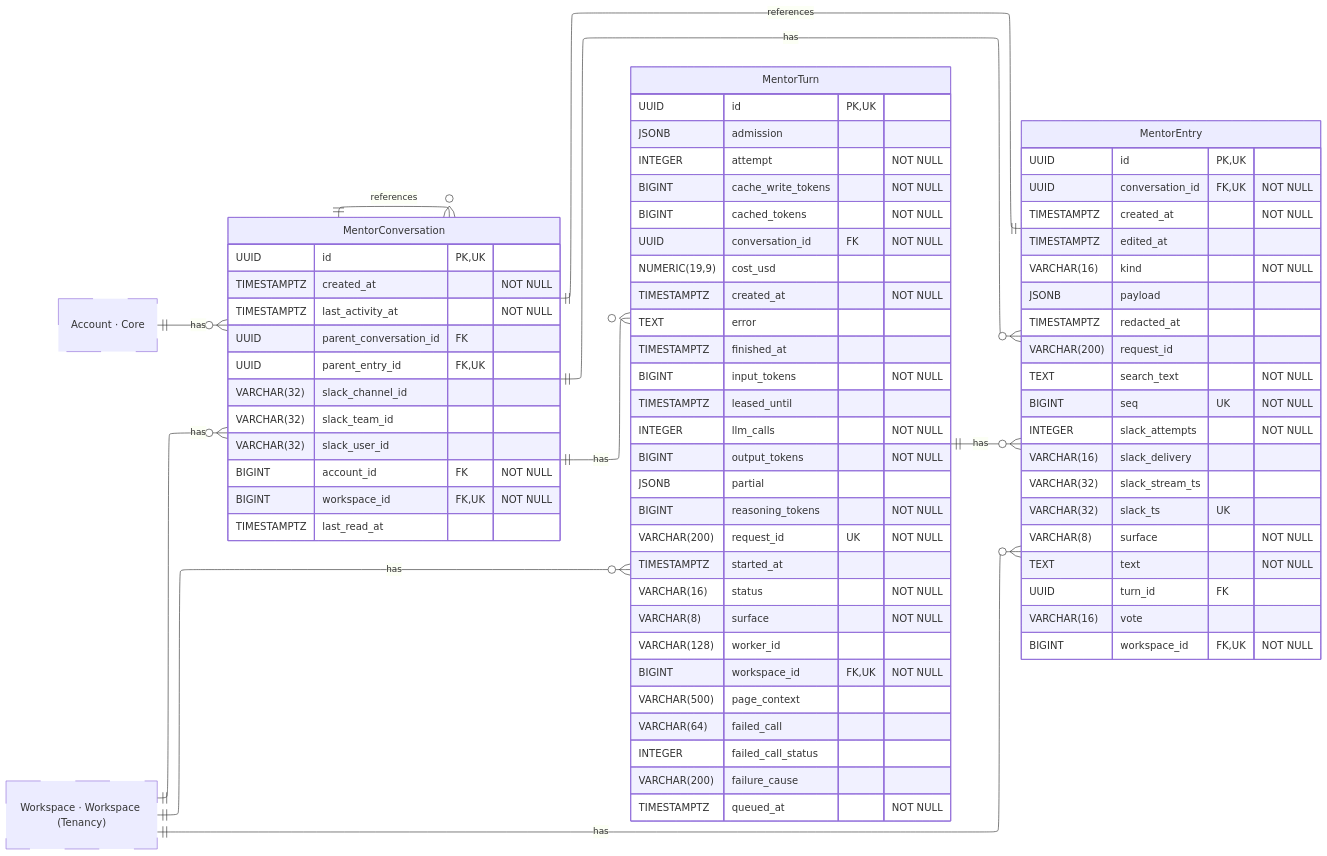
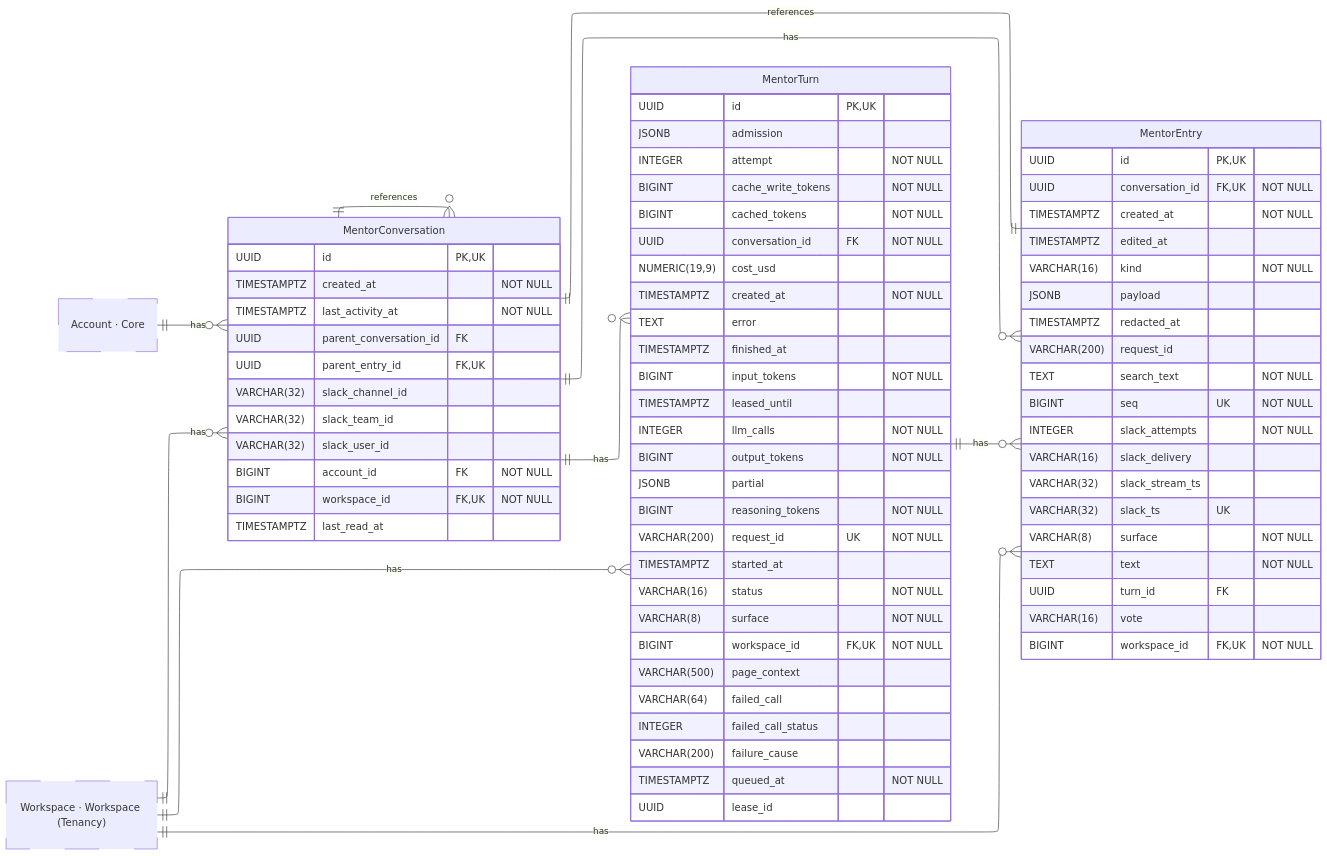
Before and after one commit to hephaestus-build/Hephaestus: the diagram in docs/contributor/erd/mentor.mmd, drawn with Mermaid. The commit also changed 125 other files, not shown here.

```diff
--- a/docs/contributor/erd/mentor.mmd
+++ b/docs/contributor/erd/mentor.mmd
@@ -1,102 +1,102 @@
 ---
 config:
     layout: elk
 ---
 erDiagram
     %% Generated automatically from PostgreSQL database schema
     %% using scripts/generate-mermaid-erd.ts
     %% To regenerate: vp run db:generate-erd-docs
 
     direction LR
 
     MentorConversation {
         UUID id PK,UK
         TIMESTAMPTZ created_at "NOT NULL"
         TIMESTAMPTZ last_activity_at "NOT NULL"
         UUID parent_conversation_id FK
         UUID parent_entry_id FK,UK
         VARCHAR(32) slack_channel_id
         VARCHAR(32) slack_team_id
         VARCHAR(32) slack_user_id
         BIGINT account_id FK "NOT NULL"
         BIGINT workspace_id FK,UK "NOT NULL"
         TIMESTAMPTZ last_read_at
     }
 
     MentorEntry {
         UUID id PK,UK
         UUID conversation_id FK,UK "NOT NULL"
         TIMESTAMPTZ created_at "NOT NULL"
         TIMESTAMPTZ edited_at
         VARCHAR(16) kind "NOT NULL"
         JSONB payload
         TIMESTAMPTZ redacted_at
         VARCHAR(200) request_id
         TEXT search_text "NOT NULL"
         BIGINT seq UK "NOT NULL"
         INTEGER slack_attempts "NOT NULL"
         VARCHAR(16) slack_delivery
         VARCHAR(32) slack_stream_ts
         VARCHAR(32) slack_ts UK
         VARCHAR(8) surface "NOT NULL"
         TEXT text "NOT NULL"
         UUID turn_id FK
         VARCHAR(16) vote
         BIGINT workspace_id FK,UK "NOT NULL"
     }
 
     MentorTurn {
         UUID id PK,UK
         JSONB admission
         INTEGER attempt "NOT NULL"
         BIGINT cache_write_tokens "NOT NULL"
         BIGINT cached_tokens "NOT NULL"
         UUID conversation_id FK "NOT NULL"
         NUMERIC(19,9) cost_usd
         TIMESTAMPTZ created_at "NOT NULL"
         TEXT error
         TIMESTAMPTZ finished_at
         BIGINT input_tokens "NOT NULL"
         TIMESTAMPTZ leased_until
         INTEGER llm_calls "NOT NULL"
         BIGINT output_tokens "NOT NULL"
         JSONB partial
         BIGINT reasoning_tokens "NOT NULL"
         VARCHAR(200) request_id UK "NOT NULL"
         TIMESTAMPTZ started_at
         VARCHAR(16) status "NOT NULL"
         VARCHAR(8) surface "NOT NULL"
-        VARCHAR(128) worker_id
         BIGINT workspace_id FK,UK "NOT NULL"
         VARCHAR(500) page_context
         VARCHAR(64) failed_call
         INTEGER failed_call_status
         VARCHAR(200) failure_cause
         TIMESTAMPTZ queued_at "NOT NULL"
+        UUID lease_id
     }
 
     Account["Account · Core"]
     Workspace["Workspace · Workspace (Tenancy)"]
 
     %% Relationships
     %% One-to-One relationships
     MentorEntry ||--|| MentorConversation : references
 
     %% One-to-Many relationships
     Account ||--o{ MentorConversation : has
     MentorConversation ||--o{ MentorConversation : references
     Workspace ||--o{ MentorConversation : has
     MentorConversation ||--o{ MentorEntry : has
     MentorTurn ||--o{ MentorEntry : has
     Workspace ||--o{ MentorEntry : has
     MentorConversation ||--o{ MentorTurn : has
     Workspace ||--o{ MentorTurn : has
 
     %% Styling
     classDef primaryEntity stroke:#0288d1,stroke-width:2px
     classDef associationEntity stroke:#8e24aa,stroke-width:2px
     classDef metadataEntity stroke:#43a047,stroke-width:2px
     classDef referenceEntity stroke-dasharray:5 5
 
     class Account referenceEntity
     class Workspace referenceEntity
```
